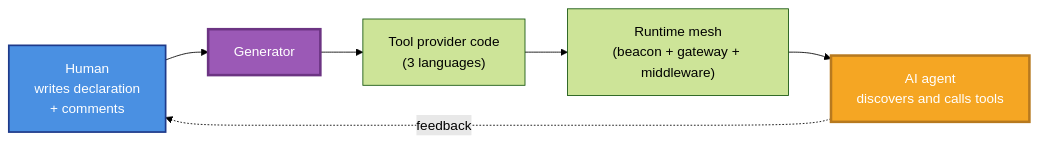
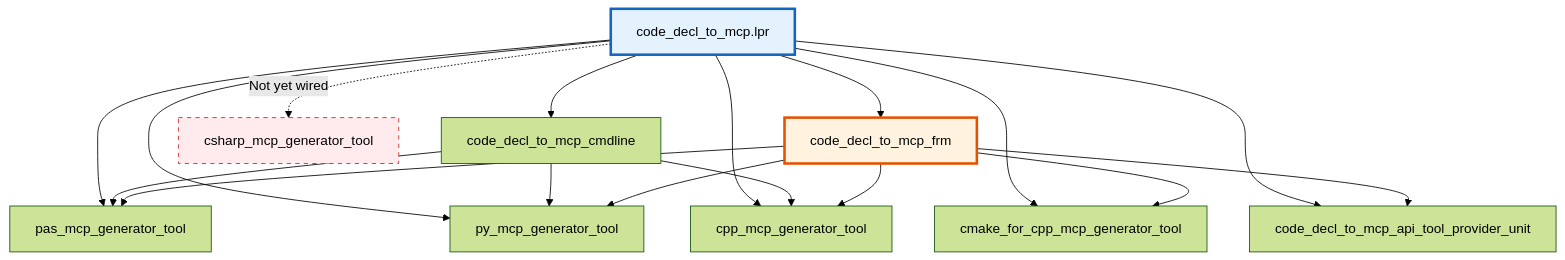
Before and after one commit to PassByYou888/LingoFuse-Tools: the first of 7 diagrams in src/pascal_c_to_mcp/code_decl_to_mcp_knowledge_base.md, drawn with Mermaid (forest theme). The commit also changed other lines of this file and 35 other files, not shown here.

````diff
--- a/src/pascal_c_to_mcp/code_decl_to_mcp_knowledge_base.md
+++ b/src/pascal_c_to_mcp/code_decl_to_mcp_knowledge_base.md
@@ -68,12 +70,35 @@
 ```mermaid
-flowchart LR
-    A["Human<br/>writes declaration<br/>+ comments"] --> B["Generator"]
-    B --> C["Tool provider code<br/>(3 languages)"]
-    C --> D["Runtime mesh<br/>(beacon + gateway + middleware)"]
-    D --> E["AI agent<br/>discovers and calls tools"]
-    E -.->|feedback| A
+flowchart TD
+    LPR["code_decl_to_mcp.lpr"]
+    CMD["code_decl_to_mcp_cmdline"]
+    FRM["code_decl_to_mcp_frm"]
+    PROV["code_decl_to_mcp_api_tool_provider_unit"]
+    PAS["pas_mcp_generator_tool"]
+    PY["py_mcp_generator_tool"]
+    CPP["cpp_mcp_generator_tool"]
+    CMAKE["cmake_for_cpp_mcp_generator_tool"]
+    CS["csharp_mcp_generator_tool"]
 
-    style A fill:#4A90E2,stroke:#1E3A8A,stroke-width:2px,color:#FFFFFF
-    style B fill:#9B59B6,stroke:#6C3483,stroke-width:3px,color:#FFFFFF
-    style E fill:#F5A623,stroke:#B7791F,stroke-width:3px,color:#FFFFFF
+    LPR --> CMD
+    LPR --> FRM
+    LPR --> PROV
+    LPR --> PAS
+    LPR --> PY
+    LPR --> CPP
+    LPR --> CMAKE
+    LPR -.->|Not yet wired| CS
+
+    CMD --> PAS
+    CMD --> PY
+    CMD --> CPP
+
+    FRM --> PAS
+    FRM --> PY
+    FRM --> CPP
+    FRM --> CMAKE
+    FRM --> PROV
+
+    style LPR fill:#e3f2fd,stroke:#1565c0,stroke-width:3px
+    style FRM fill:#fff3e0,stroke:#e65100,stroke-width:3px
+    style CS fill:#ffebee,stroke:#c62828,stroke-dasharray: 5 5
 ```
````
